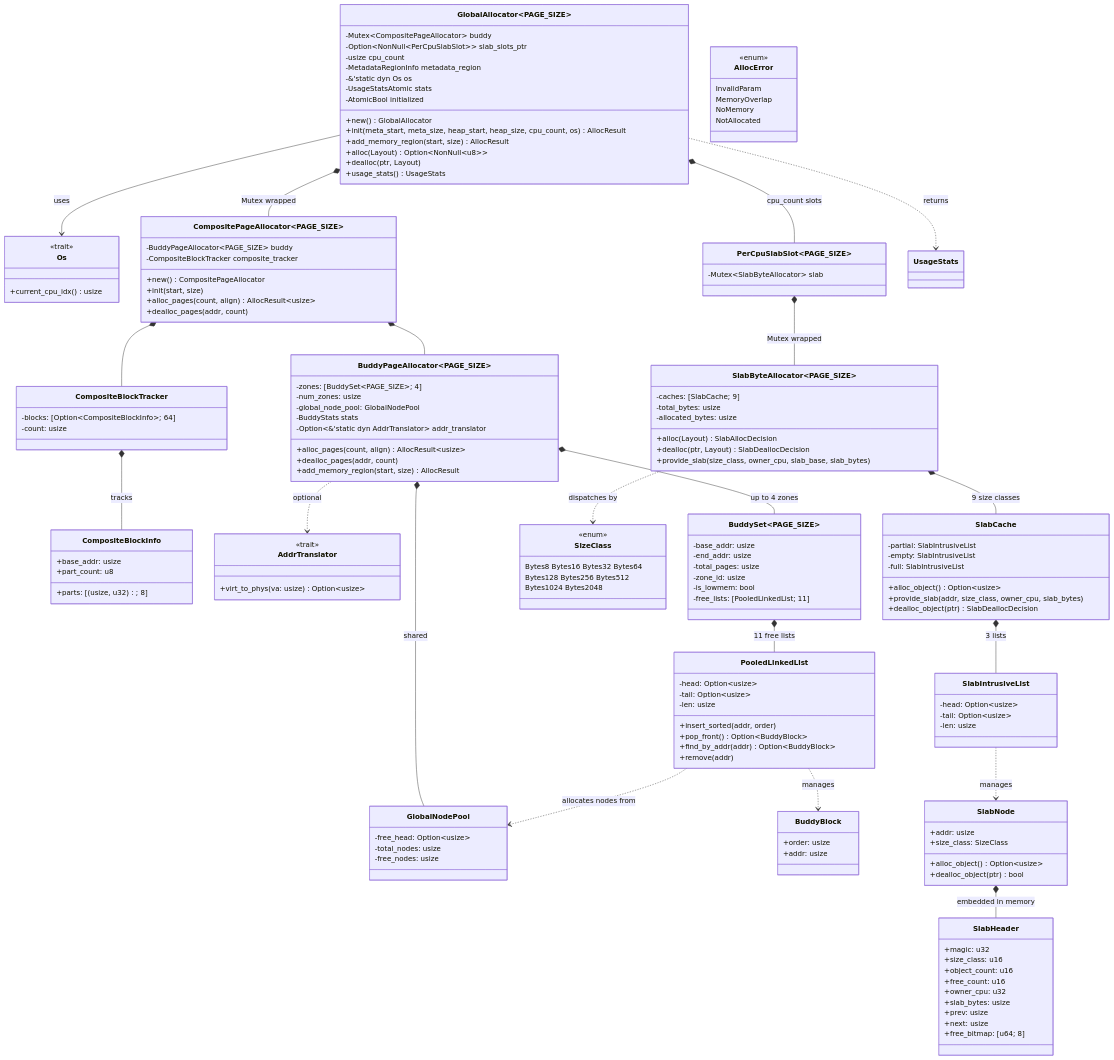
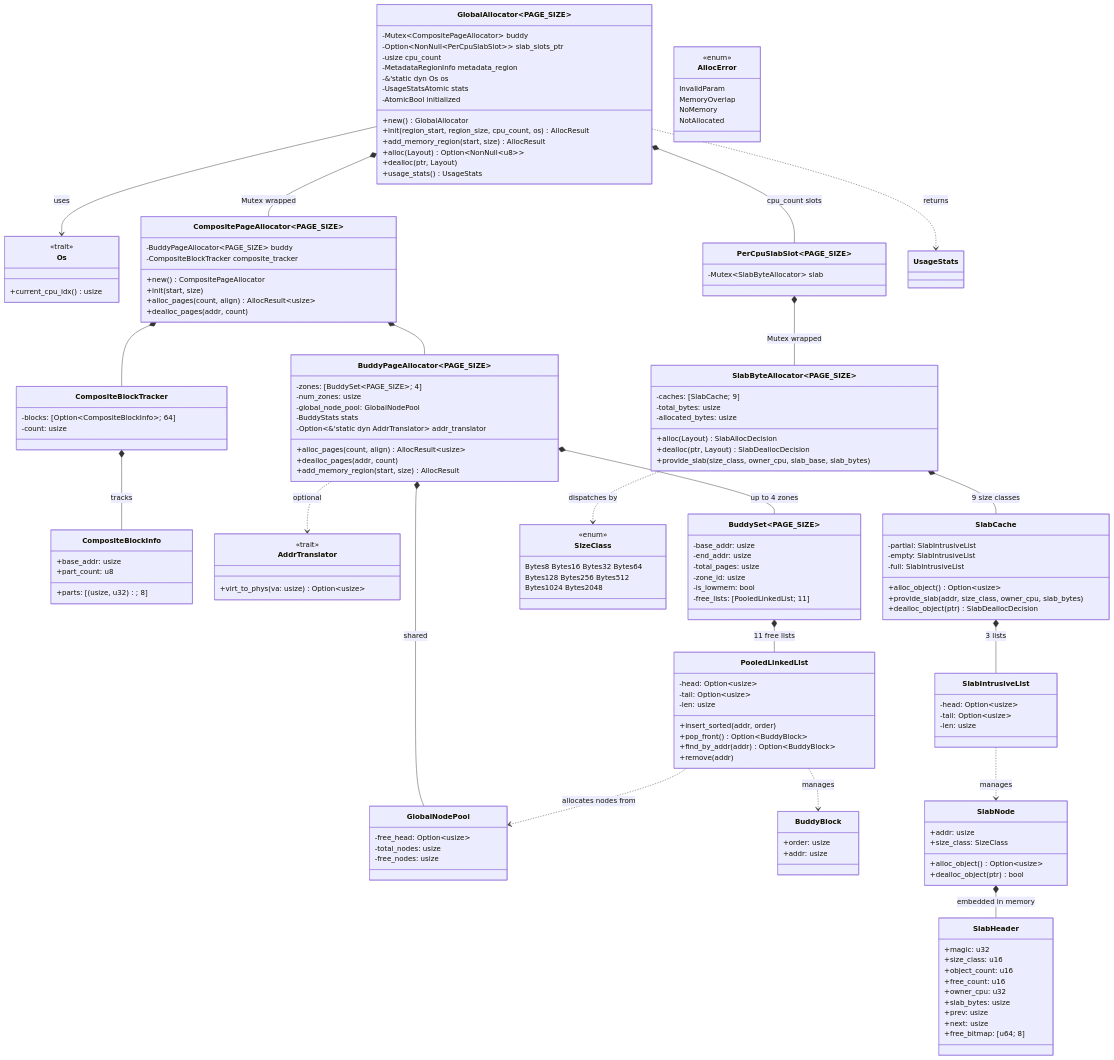
Before and after one commit to arceos-hypervisor/buddy-slab-allocator: the first of 2 diagrams in README.md, drawn with Mermaid. The commit also changed other lines of this file and 14 other files, not shown here.

```diff
--- a/README.md
+++ b/README.md
@@ -23,7 +23,7 @@
         -UsageStatsAtomic stats
         -AtomicBool initialized
         +new() GlobalAllocator
-        +init(meta_start, meta_size, heap_start, heap_size, cpu_count, os) AllocResult
+        +init(region_start, region_size, cpu_count, os) AllocResult
         +add_memory_region(start, size) AllocResult
         +alloc(Layout) Option~NonNull~u8~~
         +dealloc(ptr, Layout)
```
